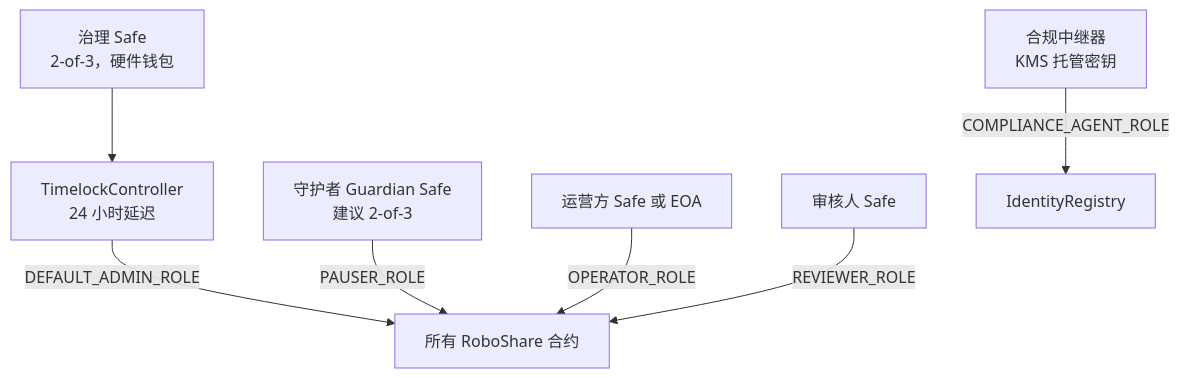
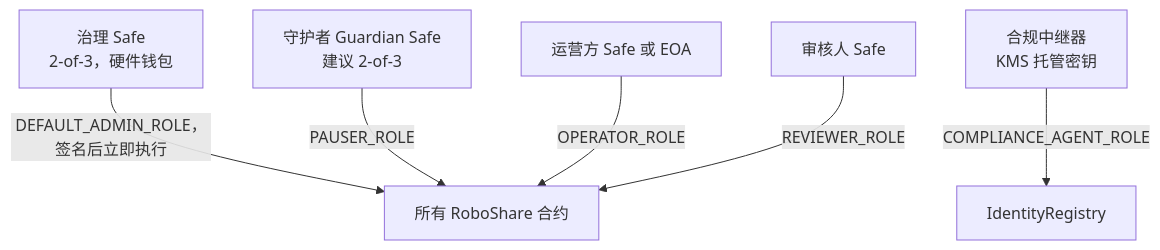
Before and after one commit to AgntSpark1/Roboshare: the diagram in docs/SECURITY_MODEL.md, drawn with Mermaid. The commit also changed other lines of this file and 50 other files, not shown here.

First line of the commit message:
Governance: the 2/3 Safe is admin directly, no 24h timelock

````diff
--- a/docs/SECURITY_MODEL.md
+++ b/docs/SECURITY_MODEL.md
@@ -7,9 +7,8 @@
 ```mermaid
 flowchart TB
-  GS[治理 Safe<br/>2-of-3，硬件钱包] --> TL[TimelockController<br/>24 小时延迟]
-  TL -->|DEFAULT_ADMIN_ROLE| C[所有 RoboShare 合约]
+  GS[治理 Safe<br/>2-of-3，硬件钱包] -->|DEFAULT_ADMIN_ROLE，签名后立即执行| C[所有 RoboShare 合约]
   GUARD[守护者 Guardian Safe<br/>建议 2-of-3] -->|PAUSER_ROLE| C
   OPS[运营方 Safe 或 EOA] -->|OPERATOR_ROLE| C
   REVS[审核人 Safe] -->|REVIEWER_ROLE| C
   REL[合规中继器<br/>KMS 托管密钥] -->|COMPLIANCE_AGENT_ROLE| IR[IdentityRegistry]
 ```
````
